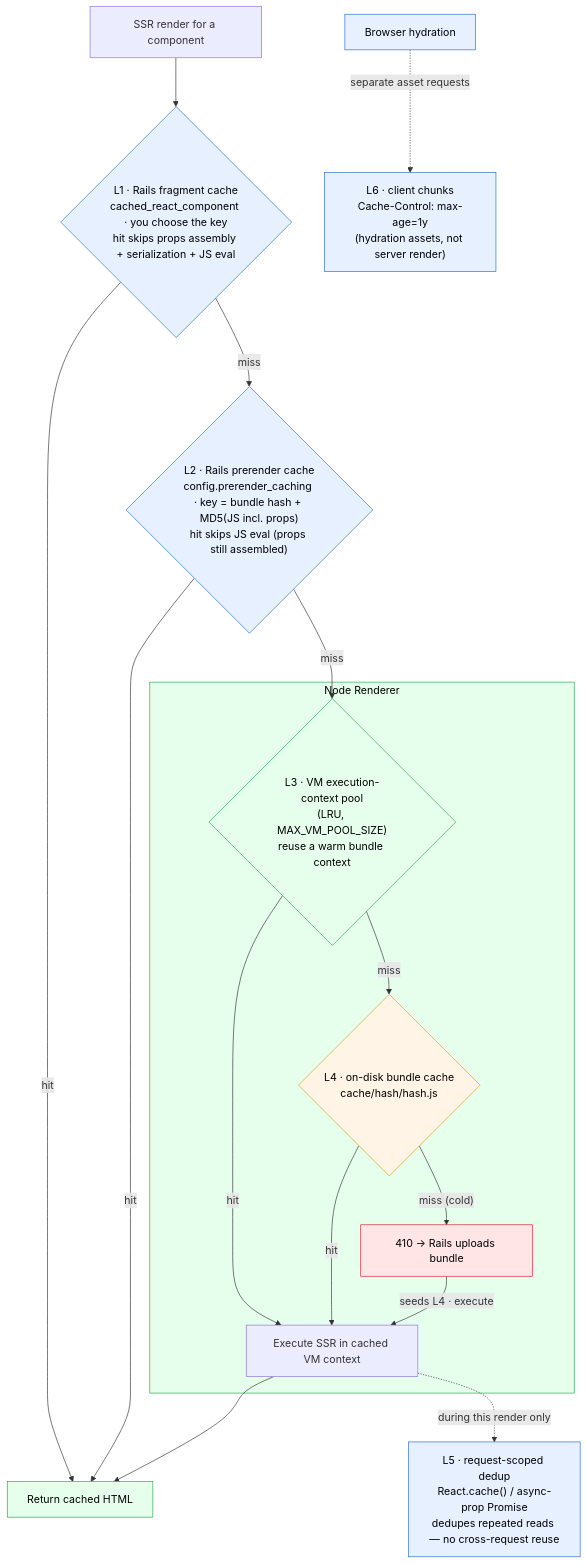
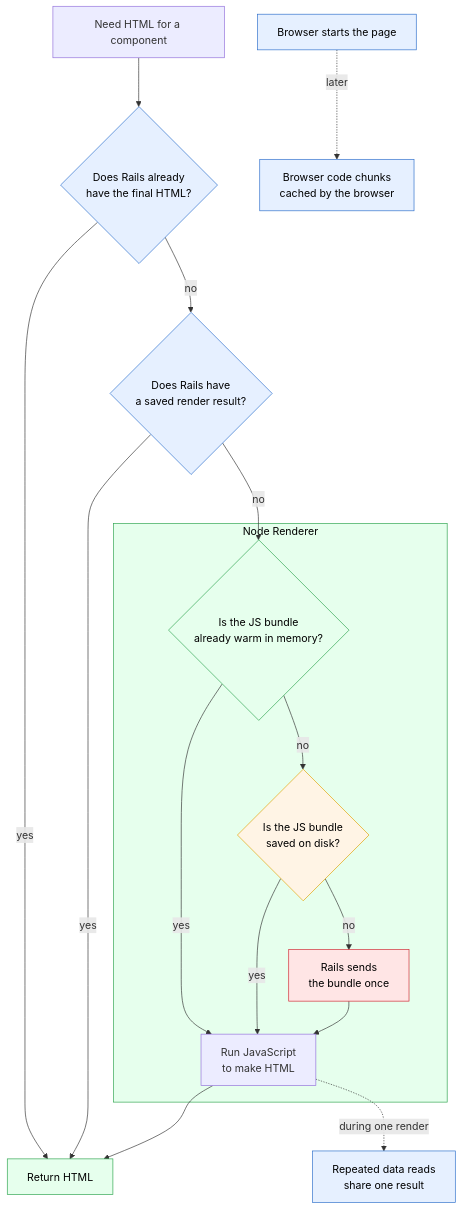
The third of 5 diagrams in docs/pro/node-renderer.md (shakacode/react_on_rails), drawn with Mermaid before and after one commit. The commit also changed other lines of this file and 2 other files, not shown here.

Commit message:
Clarify Node renderer diagrams

````diff
--- a/docs/pro/node-renderer.md
+++ b/docs/pro/node-renderer.md
@@ -101,29 +101,29 @@
 ```mermaid
 flowchart TB
-    Req["SSR render for a component"] --> L1{"L1 · Rails fragment cache<br/>cached_react_component · you choose the key<br/>hit skips props assembly + serialization + JS eval"}
-    L1 -- "hit" --> Done["Return cached HTML"]
-    L1 -- "miss" --> L2{"L2 · Rails prerender cache<br/>config.prerender_caching · key = bundle hash + MD5(JS incl. props)<br/>hit skips JS eval (props still assembled)"}
-    L2 -- "hit" --> Done
-    L2 -- "miss" --> L3
+    Req["Need HTML for a component"] --> L1{"Does Rails already<br/>have the final HTML?"}
+    L1 -- "yes" --> Done["Return HTML"]
+    L1 -- "no" --> L2{"Does Rails have<br/>a saved render result?"}
+    L2 -- "yes" --> Done
+    L2 -- "no" --> L3
     subgraph Renderer["Node Renderer"]
-        L3{"L3 · VM execution-context pool<br/>(LRU, MAX_VM_POOL_SIZE)<br/>reuse a warm bundle context"}
-        L3 -- "hit" --> Exec["Execute SSR in cached VM context"]
-        L3 -- "miss" --> L4{"L4 · on-disk bundle cache<br/>cache/hash/hash.js"}
-        L4 -- "hit" --> Exec
-        L4 -- "miss (cold)" --> Upload["410 → Rails uploads bundle"]
-        Upload -- "seeds L4 · execute" --> Exec
+        L3{"Is the JS bundle<br/>already warm in memory?"}
+        L3 -- "yes" --> Exec["Run JavaScript<br/>to make HTML"]
+        L3 -- "no" --> L4{"Is the JS bundle<br/>saved on disk?"}
+        L4 -- "yes" --> Exec
+        L4 -- "no" --> Upload["Rails sends<br/>the bundle once"]
+        Upload --> Exec
     end
     Exec --> Done
-    Exec -. "during this render only" .-> L5["L5 · request-scoped dedup<br/>React.cache() / async-prop Promise<br/>dedupes repeated reads — no cross-request reuse"]
-    Browser["Browser hydration"] -. "separate asset requests" .-> L6["L6 · client chunks<br/>Cache-Control: max-age=1y<br/>(hydration assets, not server render)"]
+    Exec -. "during one render" .-> L5["Repeated data reads<br/>share one result"]
+    Browser["Browser starts the page"] -. "later" .-> L6["Browser code chunks<br/>cached by the browser"]
     style L1 fill:#e6f0ff,stroke:#2c6ecb,color:#000
     style L2 fill:#e6f0ff,stroke:#2c6ecb,color:#000
     style Done fill:#e6ffed,stroke:#2da44e,color:#000
     style Renderer fill:#e6ffed,stroke:#2da44e,color:#000
     style L3 fill:#e6ffed,stroke:#2da44e,color:#000
     style L4 fill:#fff4e5,stroke:#e0a000,color:#000
     style Upload fill:#ffe5e5,stroke:#d1242f,color:#000
     style Browser fill:#e6f0ff,stroke:#2c6ecb,color:#000
     style L5 fill:#e6f0ff,stroke:#2c6ecb,color:#000
     style L6 fill:#e6f0ff,stroke:#2c6ecb,color:#000
 ```
````
